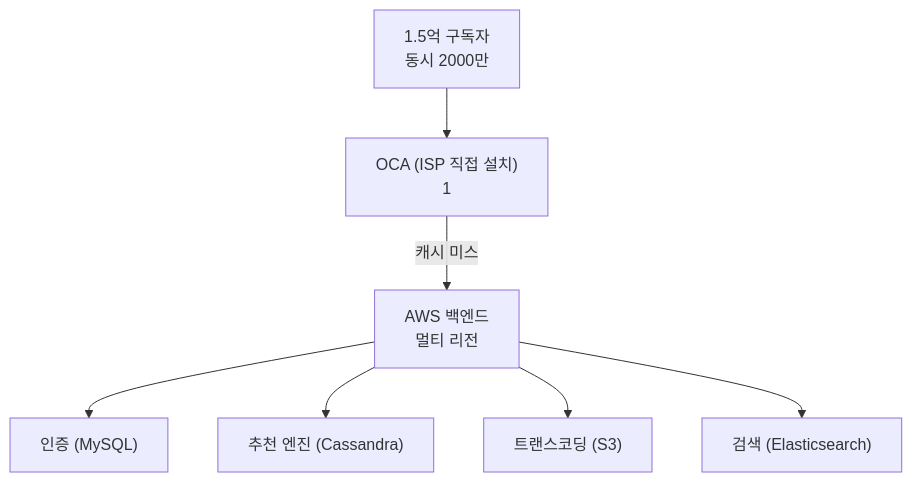
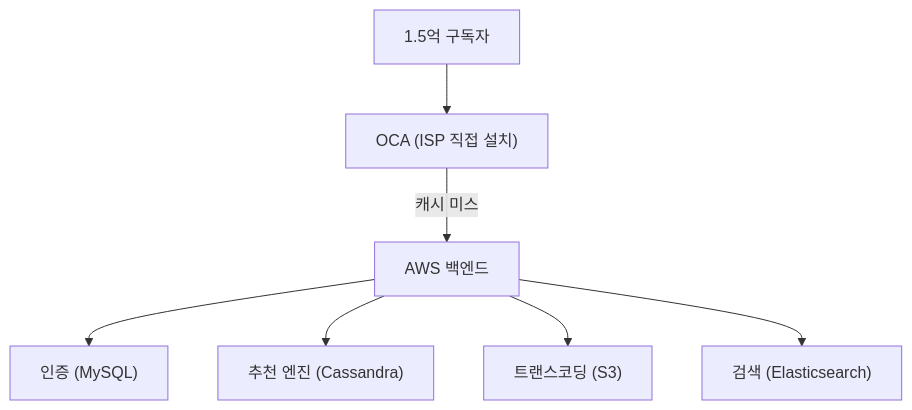
One commit to yjkim2015/yjkim2015.github.io changed diagram 17 of 17 in _posts/systemdesign/2026-05-02-system-design-fundamentals.md. Above: the diagram before and after it, drawn with Mermaid. The commit also changed other lines of this file and 217 other files, not shown here.

First line of the commit message:
Mermaid 크기 수정: useMaxWidth:true + SVG max-width:100% + 라벨 축소

````diff
--- a/_posts/systemdesign/2026-05-02-system-design-fundamentals.md
+++ b/_posts/systemdesign/2026-05-02-system-design-fundamentals.md
@@ -584,9 +584,9 @@
 ```mermaid
 graph TD
-    User["1.5억 구독자\n동시 2000만"] --> OCA["OCA (ISP 직접 설치)\n1"]
-    OCA -->|캐시 미스| AWS["AWS 백엔드\n멀티 리전"]
+    User["1.5억 구독자"] --> OCA["OCA (ISP 직접 설치)"]
+    OCA -->|캐시 미스| AWS["AWS 백엔드"]
     AWS --> Auth["인증 (MySQL)"]
     AWS --> Recommend["추천 엔진 (Cassandra)"]
     AWS --> Transcode["트랜스코딩 (S3)"]
     AWS --> Search["검색 (Elasticsearch)"]
 ```
````
